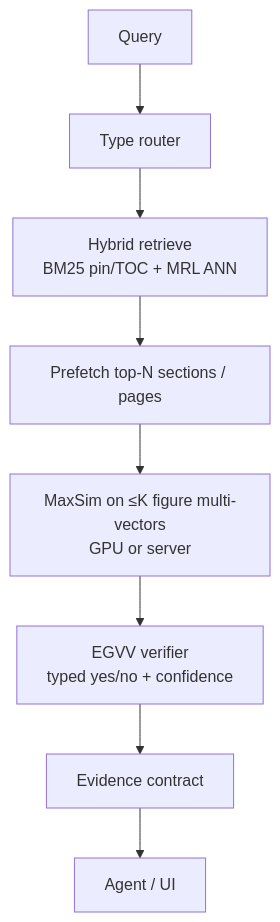
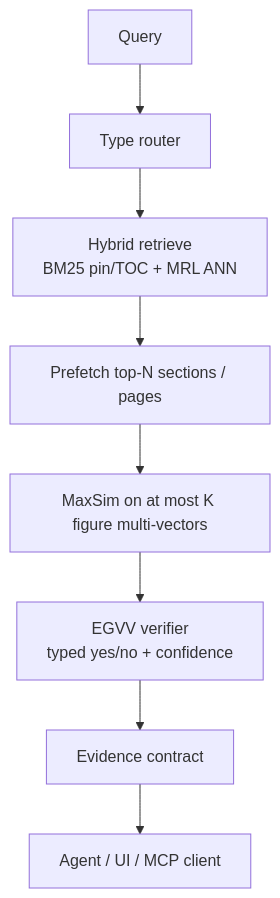
Before and after one commit to TokitoAI/tokito-dsvire: the second of 6 diagrams in docs/TECHNICAL_BIBLE.md, drawn with Mermaid. The commit also changed other lines of this file and 4 other files, not shown here.

First line of the commit message:
docs: public-facing rewrite and fix Mermaid IDs

````diff
--- a/docs/TECHNICAL_BIBLE.md
+++ b/docs/TECHNICAL_BIBLE.md
@@ -183,10 +157,10 @@
 ```mermaid
 flowchart TD
   query[Query] --> router[Type router]
   router --> hybrid[Hybrid retrieve<br/>BM25 pin/TOC + MRL ANN]
   hybrid --> prefetch[Prefetch top-N sections / pages]
-  prefetch --> maxsim[MaxSim on ≤K figure multi-vectors<br/>GPU or server]
+  prefetch --> maxsim[MaxSim on at most K figure multi-vectors]
   maxsim --> verify[EGVV verifier<br/>typed yes/no + confidence]
   verify --> evidence[Evidence contract]
-  evidence --> agent[Agent / UI]
+  evidence --> client[Agent / UI / MCP client]
 ```
````
